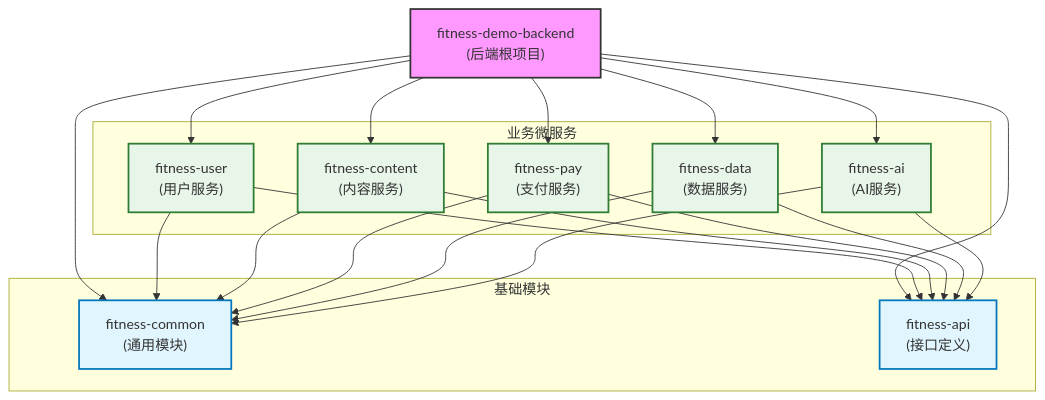
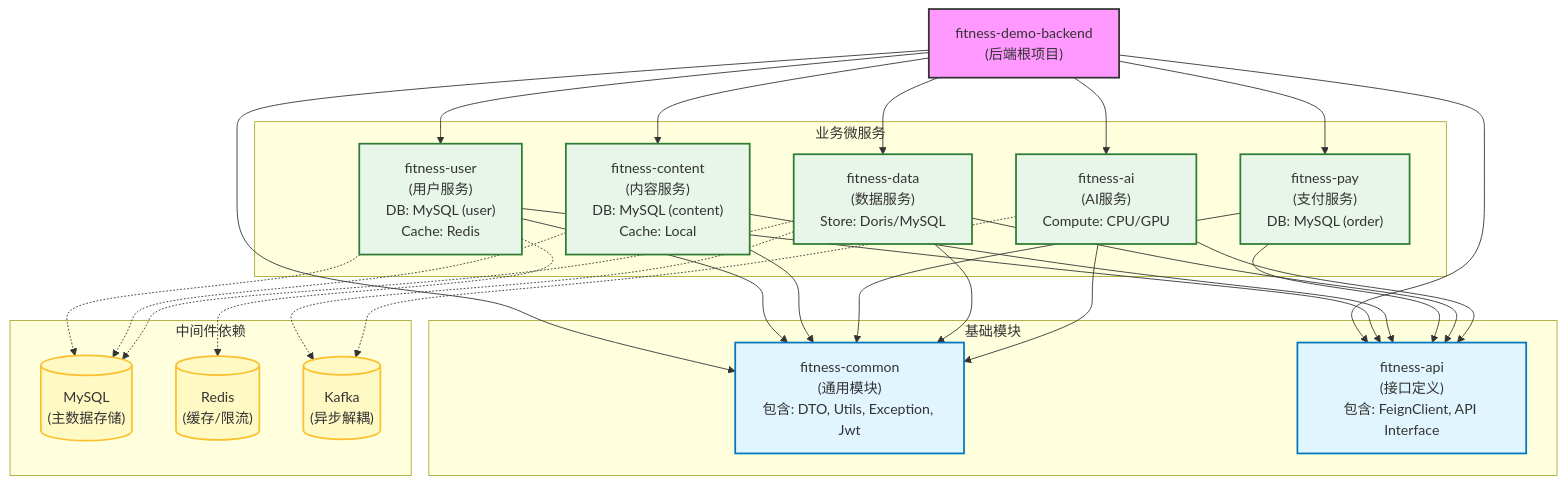
One commit to timmyboidk/fitness-demo-backend changed the first of 2 diagrams in doc/project_diagrams.md. Above: the diagram before and after it, drawn with Mermaid. The commit also changed other lines of this file and 3 other files, not shown here.

Commit message:
测试：为 LoginInterceptor 添加全面的测试，改进 UserServiceTest 错误消息，并更新项目文档。

````diff
--- a/doc/project_diagrams.md
+++ b/doc/project_diagrams.md
@@ -6,48 +6,63 @@
 ```mermaid
 graph TD
     %% 样式定义
     classDef root fill:#f9f,stroke:#333,stroke-width:2px;
     classDef base fill:#e1f5fe,stroke:#0277bd,stroke-width:2px;
     classDef service fill:#e8f5e9,stroke:#2e7d32,stroke-width:2px;
+    classDef infra fill:#fff9c4,stroke:#fbc02d,stroke-width:2px;
 
     %% 节点
     root["fitness-demo-backend<br/>(后端根项目)"]:::root
     
     subgraph 基础模块
-        common["fitness-common<br/>(通用模块)"]:::base
-        api["fitness-api<br/>(接口定义)"]:::base
+        common["fitness-common<br/>(通用模块)<br/>包含: DTO, Utils, Exception, Jwt"]:::base
+        api["fitness-api<br/>(接口定义)<br/>包含: FeignClient, API Interface"]:::base
     end
 
     subgraph 业务微服务
-        user["fitness-user<br/>(用户服务)"]:::service
-        content["fitness-content<br/>(内容服务)"]:::service
-        pay["fitness-pay<br/>(支付服务)"]:::service
-        data["fitness-data<br/>(数据服务)"]:::service
-        ai["fitness-ai<br/>(AI服务)"]:::service
+        user["fitness-user<br/>(用户服务)<br/>DB: MySQL (user)<br/>Cache: Redis"]:::service
+        content["fitness-content<br/>(内容服务)<br/>DB: MySQL (content)<br/>Cache: Local"]:::service
+        pay["fitness-pay<br/>(支付服务)<br/>DB: MySQL (order)"]:::service
+        data["fitness-data<br/>(数据服务)<br/>Store: Doris/MySQL"]:::service
+        ai["fitness-ai<br/>(AI服务)<br/>Compute: CPU/GPU"]:::service
+    end
+
+    subgraph 中间件依赖
+        mysql[("MySQL<br/>(主数据存储)")]:::infra
+        redis[("Redis<br/>(缓存/限流)")]:::infra
+        kafka[("Kafka<br/>(异步解耦)")]:::infra
     end
 
     %% 根继承关系
     root --> common
     root --> api
     root --> user
     root --> content
     root --> pay
     root --> data
     root --> ai
 
     %% 模块依赖关系
     user --> common
     user --> api
     
     content --> common
     content --> api
     
     pay --> common
     pay --> api
     
     data --> common
     data --> api
     
     ai --> common
     ai --> api
+
+    %% 基础设施依赖
+    user -.-> mysql
+    user -.-> redis
+    content -.-> mysql
+    data -.-> kafka
+    data -.-> mysql
+    ai -.-> kafka
 ```
````
